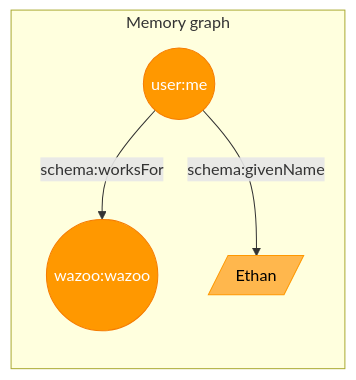
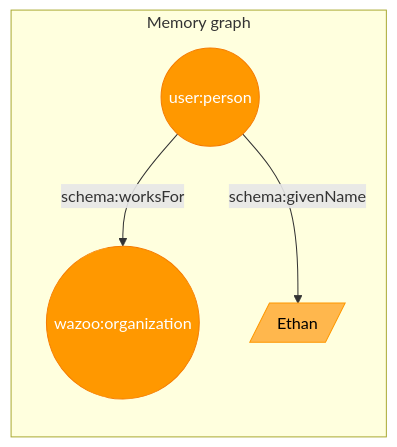
The third of 3 diagrams in packages/docs/worlds/index.mdx (wazootech/worlds), drawn with Mermaid before and after one commit. The commit also changed other lines of this file and 5 other files, not shown here.

````diff
--- a/packages/docs/worlds/index.mdx
+++ b/packages/docs/worlds/index.mdx
@@ -103,10 +103,10 @@
 ```mermaid
 graph LR
     subgraph "Memory graph"
-    A((user:me)) -->|schema:worksFor| B((wazoo:wazoo))
+    A((user:person)) -->|schema:worksFor| B((wazoo:organization))
     A -->|schema:givenName| C[/"Ethan"/]
     end
     style A fill:#FF9800,stroke:#F57C00,color:#fff
     style B fill:#FF9800,stroke:#F57C00,color:#fff
     style C fill:#FFB74D,stroke:#FF9800,color:#000
 ```
````
